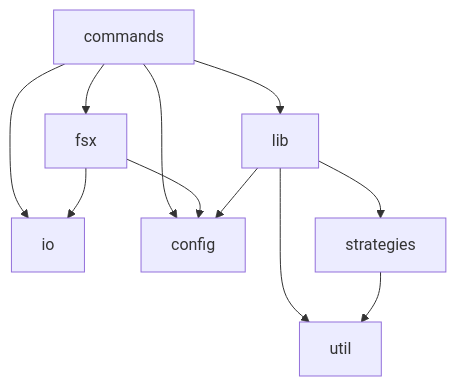
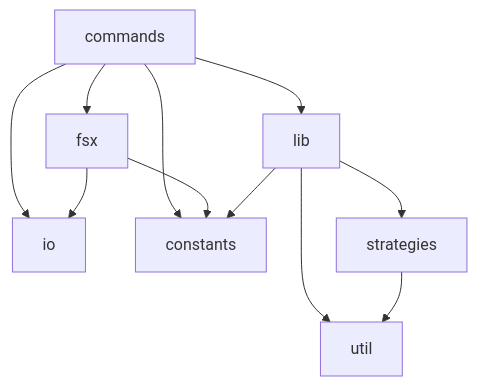
Before and after one commit to mattriley/node-module-indexgen: the diagram in README.md, drawn with Mermaid. The commit also changed 7 other files, not shown here.

````diff
--- a/README.md
+++ b/README.md
@@ -115,13 +115,13 @@
 ```mermaid
 graph TD;
     commands-->fsx;
     commands-->lib;
     commands-->io;
-    commands-->config;
-    fsx-->config;
+    commands-->constants;
+    fsx-->constants;
     fsx-->io;
     lib-->strategies;
     lib-->util;
-    lib-->config;
+    lib-->constants;
     strategies-->util;
 ```
````
